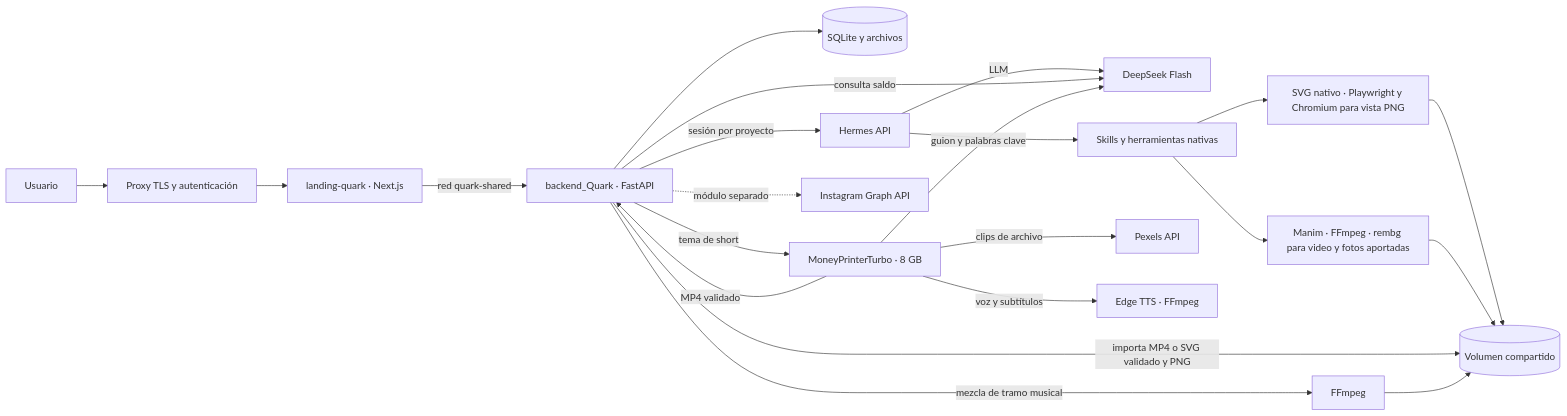
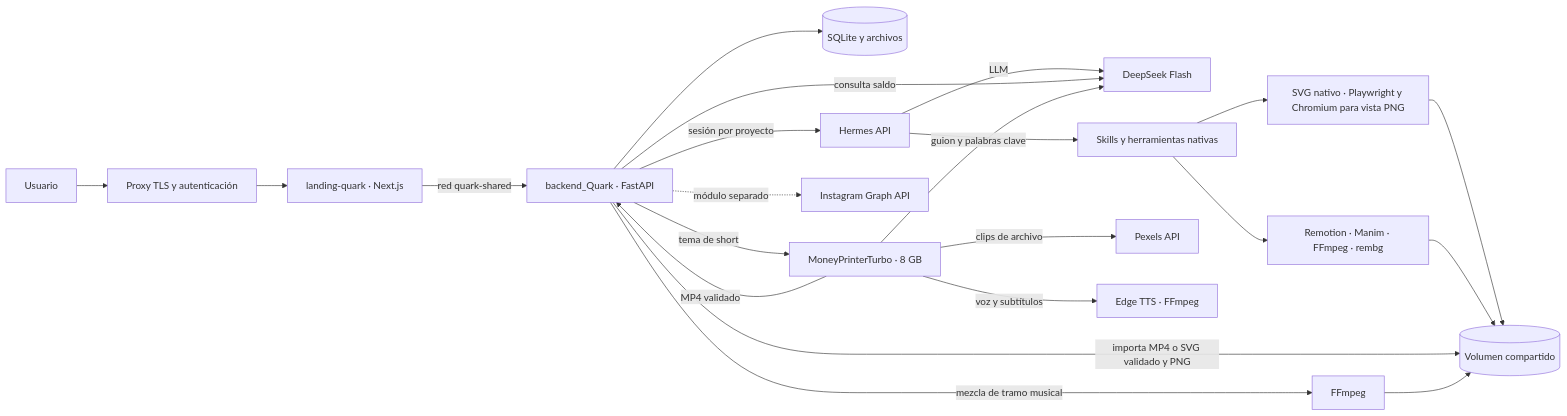
The diagram in ARQUITECTURA.md (Matias-Ibanez/backend_Quark), drawn with Mermaid before and after one commit. The commit also changed other lines of this file and 13 other files, not shown here.

````diff
--- a/ARQUITECTURA.md
+++ b/ARQUITECTURA.md
@@ -3,24 +3,24 @@
 ```mermaid
 flowchart LR
     U[Usuario] --> TLS[Proxy TLS y autenticación]
     TLS --> WEB[landing-quark · Next.js]
     WEB -->|red quark-shared| API[backend_Quark · FastAPI]
     API --> DB[(SQLite y archivos)]
     API -->|sesión por proyecto| H[Hermes API]
     H -->|LLM| D[DeepSeek Flash]
     H --> SK[Skills y herramientas nativas]
     SK --> P[SVG nativo · Playwright y Chromium para vista PNG]
-    SK --> M[Manim · FFmpeg · rembg para video y fotos aportadas]
+    SK --> M[Remotion · Manim · FFmpeg · rembg]
     P --> V[(Volumen compartido)]
     M --> V[(Volumen compartido)]
     API -->|importa MP4 o SVG validado y PNG| V
     API -->|consulta saldo| D
     API -->|tema de short| S[MoneyPrinterTurbo · 8 GB]
     S -->|guion y palabras clave| D
     S -->|clips de archivo| PX[Pexels API]
     S -->|voz y subtítulos| T[Edge TTS · FFmpeg]
     S -->|MP4 validado| API
     API -->|mezcla de tramo musical| F[FFmpeg]
     F --> V
     API -. módulo separado .-> IG[Instagram Graph API]
 ```
````
